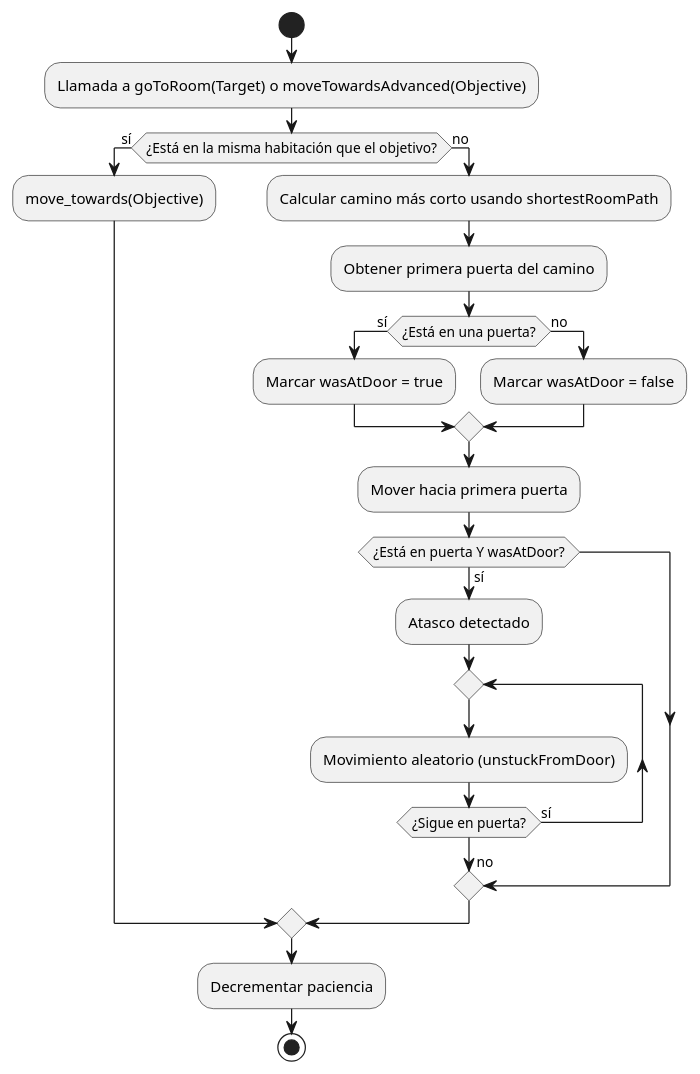
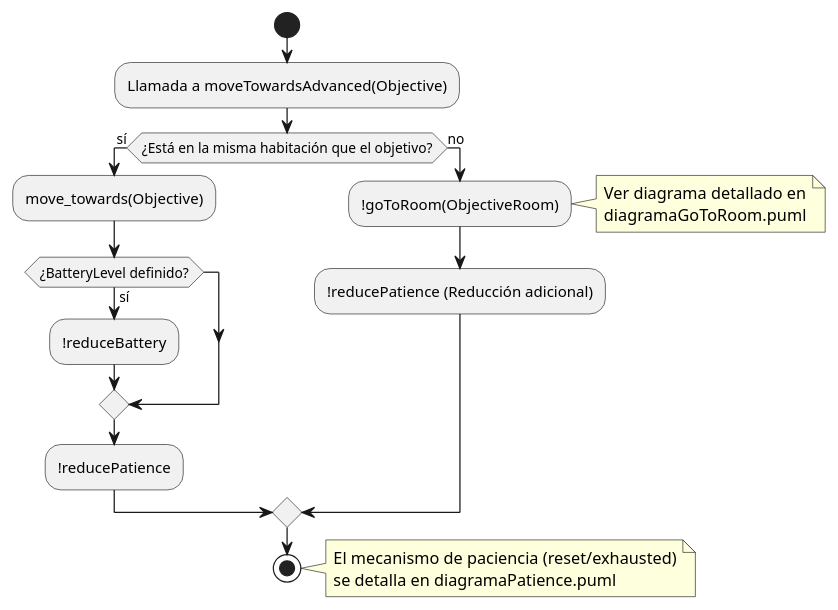
Before and after one commit to SantiagoRR2004/Agentes: the diagram in domestic_robot/docs/diagramaMovement.puml, drawn with PlantUML. The commit also changed 5 other files, not shown here.

Commit message:
add: plant uml diagrams closes #7 th issue

```diff
--- a/domestic_robot/docs/diagramaMovement.puml
+++ b/domestic_robot/docs/diagramaMovement.puml
@@ -1,32 +1,28 @@
 @startuml
 start
 
-:Llamada a goToRoom(Target) o moveTowardsAdvanced(Objective);
+:Llamada a moveTowardsAdvanced(Objective);
 
 if (¿Está en la misma habitación que el objetivo?) then (sí)
   :move_towards(Objective);
+  if (¿BatteryLevel definido?) then (sí)
+    :!reduceBattery;
+  endif
+  :!reducePatience;
 else (no)
-  :Calcular camino más corto usando shortestRoomPath;
-  :Obtener primera puerta del camino;
-  
-  if (¿Está en una puerta?) then (sí)
-    :Marcar wasAtDoor = true;
-  else (no)
-    :Marcar wasAtDoor = false;
-  endif
-  
-  :Mover hacia primera puerta;
-  
-  if (¿Está en puerta Y wasAtDoor?) then (sí)
-    :Atasco detectado;
-    repeat
-      :Movimiento aleatorio (unstuckFromDoor);
-    repeat while (¿Sigue en puerta?) is (sí)
-    ->no;
-  endif
+  :!goToRoom(ObjectiveRoom);
+  note right
+    Ver diagrama detallado en
+    diagramaGoToRoom.puml
+  end note
+  :!reducePatience (Reducción adicional);
 endif
 
-:Decrementar paciencia;
+stop
 
-stop
+note right
+  El mecanismo de paciencia (reset/exhausted)
+  se detalla en diagramaPatience.puml
+end note
+
 @enduml
```
